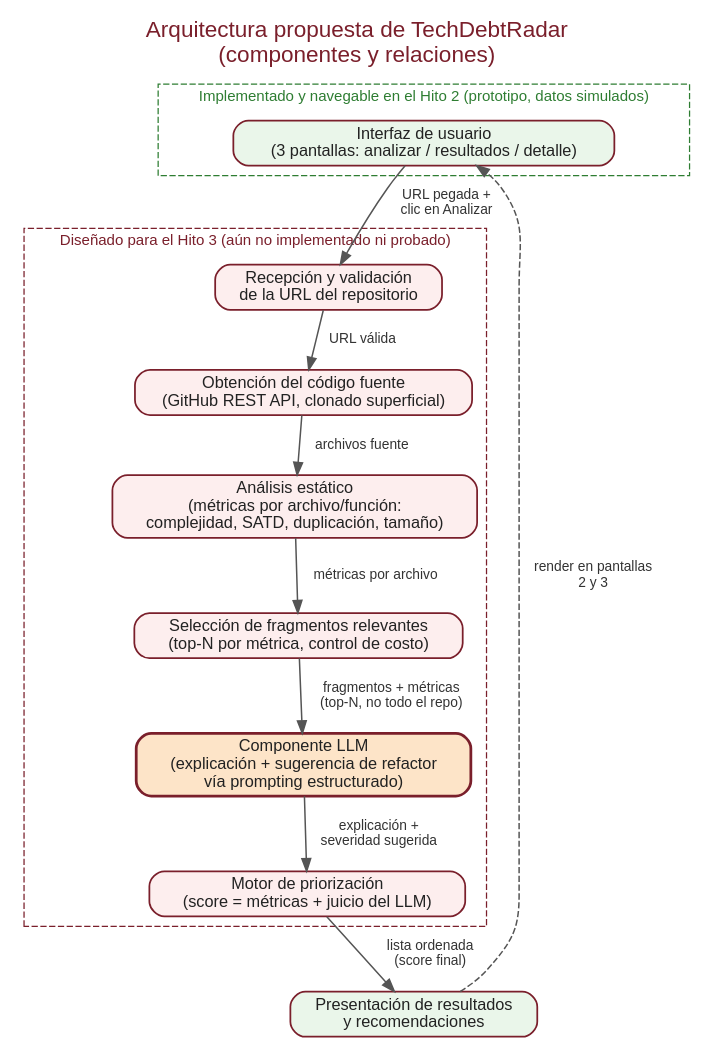
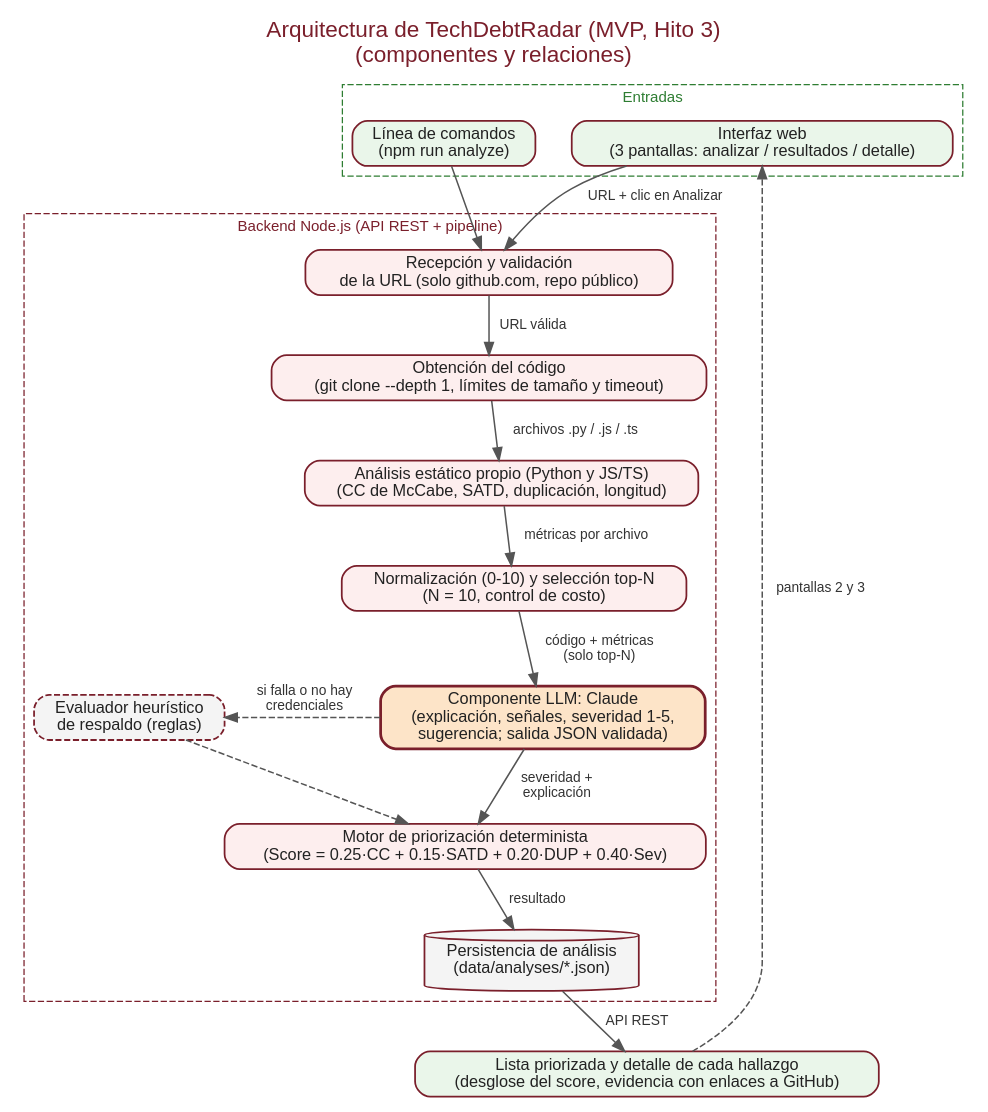
Before and after one commit to davidContrerasCorp/techdebtradar: the diagram in diagrams/arquitectura.dot, drawn with Graphviz. The commit also changed 6 other files, not shown here.

Commit message:
Hito 3: diagramas actualizados al MVP final

```diff
--- a/diagrams/arquitectura.dot
+++ b/diagrams/arquitectura.dot
@@ -1,47 +1,49 @@
 digraph arquitectura {
   rankdir=TB;
   bgcolor="white";
   fontname="Helvetica";
-  node [fontname="Helvetica", fontsize=13, shape=box, style="rounded,filled", color="#7a1f2b", fontcolor="#222222", penwidth=1.4];
+  nodesep=0.4;
+  node [fontname="Helvetica", fontsize=13, shape=box, style="rounded,filled", color="#7a1f2b", fontcolor="#222222", penwidth=1.4, fillcolor="#fdeeee"];
   edge [fontname="Helvetica", fontsize=11, color="#555555", fontcolor="#333333", penwidth=1.2];
 
   labelloc="t";
-  label="Arquitectura propuesta de TechDebtRadar\n(componentes y relaciones)";
+  label="Arquitectura de TechDebtRadar (MVP, Hito 3)\n(componentes y relaciones)";
   fontsize=18;
   fontcolor="#7a1f2b";
 
-  subgraph cluster_impl {
-    label="Implementado y navegable en el Hito 2 (prototipo, datos simulados)";
-    style="dashed";
-    color="#2e7d32";
-    fontcolor="#2e7d32";
-    fontsize=12;
-    UI [label="Interfaz de usuario\n(3 pantallas: analizar / resultados / detalle)", fillcolor="#eaf6ea"];
+  subgraph cluster_front {
+    label="Entradas";
+    style="dashed"; color="#2e7d32"; fontcolor="#2e7d32"; fontsize=12;
+    UI [label="Interfaz web\n(3 pantallas: analizar / resultados / detalle)", fillcolor="#eaf6ea"];
+    CLI [label="Línea de comandos\n(npm run analyze)", fillcolor="#eaf6ea"];
   }
 
-  subgraph cluster_disenado {
-    label="Diseñado para el Hito 3 (aún no implementado ni probado)";
-    style="dashed";
-    color="#7a1f2b";
-    fontcolor="#7a1f2b";
-    fontsize=12;
+  subgraph cluster_back {
+    label="Backend Node.js (API REST + pipeline)";
+    style="dashed"; color="#7a1f2b"; fontcolor="#7a1f2b"; fontsize=12;
 
-    VAL [label="Recepción y validación\nde la URL del repositorio", fillcolor="#fdeeee"];
-    FETCH [label="Obtención del código fuente\n(GitHub REST API, clonado superficial)", fillcolor="#fdeeee"];
-    STATIC [label="Análisis estático\n(métricas por archivo/función:\ncomplejidad, SATD, duplicación, tamaño)", fillcolor="#fdeeee"];
-    SELECT [label="Selección de fragmentos relevantes\n(top-N por métrica, control de costo)", fillcolor="#fdeeee"];
-    LLM [label="Componente LLM\n(explicación + sugerencia de refactor\nvía prompting estructurado)", fillcolor="#fde4c8", penwidth=2.2];
-    PRIOR [label="Motor de priorización\n(score = métricas + juicio del LLM)", fillcolor="#fdeeee"];
+    VAL [label="Recepción y validación\nde la URL (solo github.com, repo público)"];
+    FETCH [label="Obtención del código\n(git clone --depth 1, límites de tamaño y timeout)"];
+    STATIC [label="Análisis estático propio (Python y JS/TS)\n(CC de McCabe, SATD, duplicación, longitud)"];
+    SELECT [label="Normalización (0-10) y selección top-N\n(N = 10, control de costo)"];
+    LLM [label="Componente LLM: Claude\n(explicación, señales, severidad 1-5,\nsugerencia; salida JSON validada)", fillcolor="#fde4c8", penwidth=2.2];
+    HEUR [label="Evaluador heurístico\nde respaldo (reglas)", fillcolor="#f4f4f4", style="rounded,filled,dashed"];
+    PRIOR [label="Motor de priorización determinista\n(Score = 0.25·CC + 0.15·SATD + 0.20·DUP + 0.40·Sev)"];
+    STORE [label="Persistencia de análisis\n(data/analyses/*.json)", shape=cylinder, fillcolor="#f4f4f4"];
   }
 
-  RESULT [label="Presentación de resultados\ny recomendaciones", fillcolor="#eaf6ea"];
+  RESULT [label="Lista priorizada y detalle de cada hallazgo\n(desglose del score, evidencia con enlaces a GitHub)", fillcolor="#eaf6ea"];
 
-  UI -> VAL [label="  URL pegada +\n  clic en Analizar"];
+  UI -> VAL [label="  URL + clic en Analizar"];
+  CLI -> VAL;
   VAL -> FETCH [label="  URL válida"];
-  FETCH -> STATIC [label="  archivos fuente"];
+  FETCH -> STATIC [label="  archivos .py / .js / .ts"];
   STATIC -> SELECT [label="  métricas por archivo"];
-  SELECT -> LLM [label="  fragmentos + métricas\n  (top-N, no todo el repo)"];
-  LLM -> PRIOR [label="  explicación +\n  severidad sugerida"];
-  PRIOR -> RESULT [label="  lista ordenada\n  (score final)"];
-  RESULT -> UI [label="  render en pantallas\n  2 y 3", style=dashed];
+  SELECT -> LLM [label="  código + métricas\n  (solo top-N)"];
+  LLM -> HEUR [label="  si falla o no hay\n  credenciales", style=dashed, constraint=false];
+  LLM -> PRIOR [label="  severidad +\n  explicación"];
+  HEUR -> PRIOR [style=dashed];
+  PRIOR -> STORE [label="  resultado"];
+  STORE -> RESULT [label="  API REST"];
+  RESULT -> UI [label="  pantallas 2 y 3", style=dashed];
 }
```
